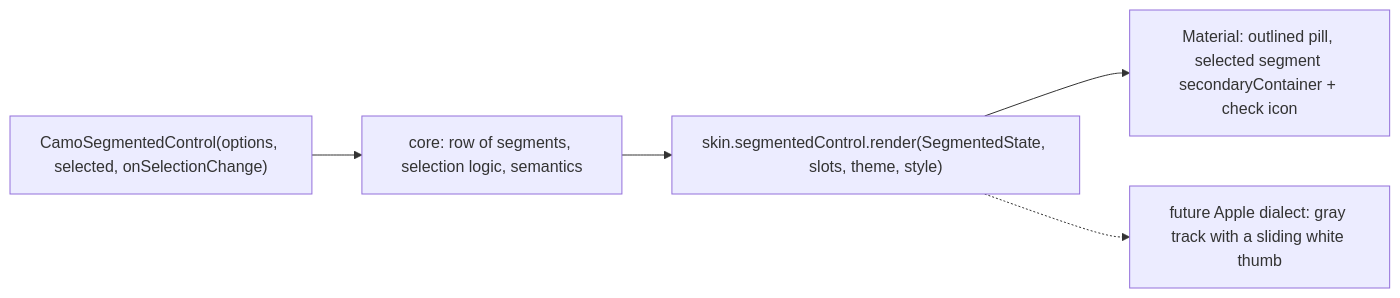
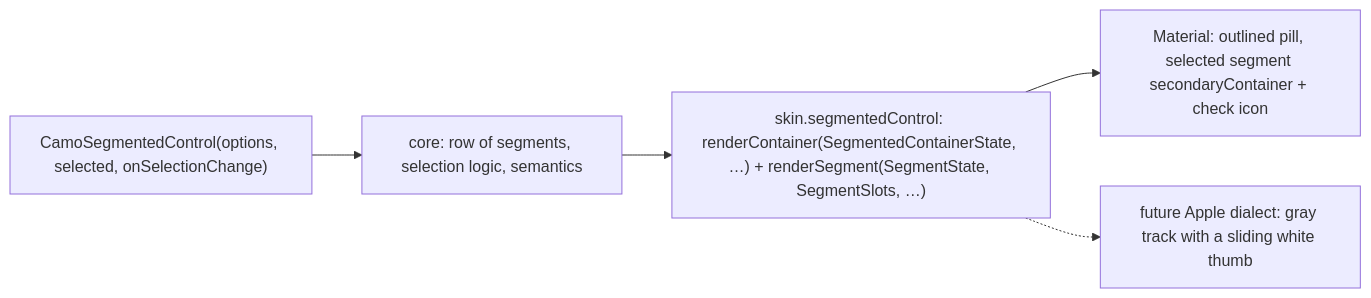
One commit to srctool/camouflage changed the first of 3 diagrams in docs/internal/development/components/03-inputs/05-camo-segmented-control.mdx. Above: the diagram before and after it, drawn with Mermaid. The commit also changed other lines of this file and 2 other files, not shown here.

````diff
--- a/docs/internal/development/components/03-inputs/05-camo-segmented-control.mdx
+++ b/docs/internal/development/components/03-inputs/05-camo-segmented-control.mdx
@@ -18,7 +18,7 @@
 ```mermaid
 flowchart LR
     Call["CamoSegmentedControl(options, selected, onSelectionChange)"] --> Core["core: row of segments, selection logic, semantics"]
-    Core --> R["skin.segmentedControl.render(SegmentedState, slots, theme, style)"]
+    Core --> R["skin.segmentedControl: renderContainer(SegmentedContainerState, …) + renderSegment(SegmentState, SegmentSlots, …)"]
     R --> M["Material: outlined pill, selected segment secondaryContainer + check icon"]
     R -.-> A["future Apple dialect: gray track with a sliding white thumb"]
 ```
````
